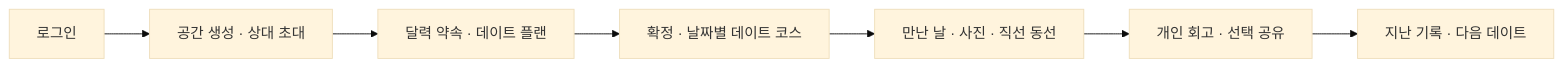
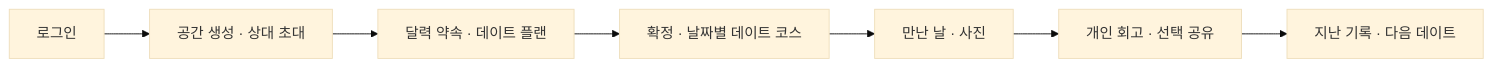
The first of 2 diagrams in README.md (jhpark-jarvis/we2day), drawn with Mermaid (base theme) before and after one commit. The commit also changed other lines of this file and 27 other files, not shown here.

````diff
--- a/README.md
+++ b/README.md
@@ -116,9 +115,9 @@
 ```mermaid
 flowchart LR
   A["로그인"] --> B["공간 생성 · 상대 초대"]
   B --> C["달력 약속 · 데이트 플랜"]
   C --> D["확정 · 날짜별 데이트 코스"]
-  D --> E["만난 날 · 사진 · 직선 동선"]
+  D --> E["만난 날 · 사진"]
   E --> F["개인 회고 · 선택 공유"]
   F --> G["지난 기록 · 다음 데이트"]
 ```
````
